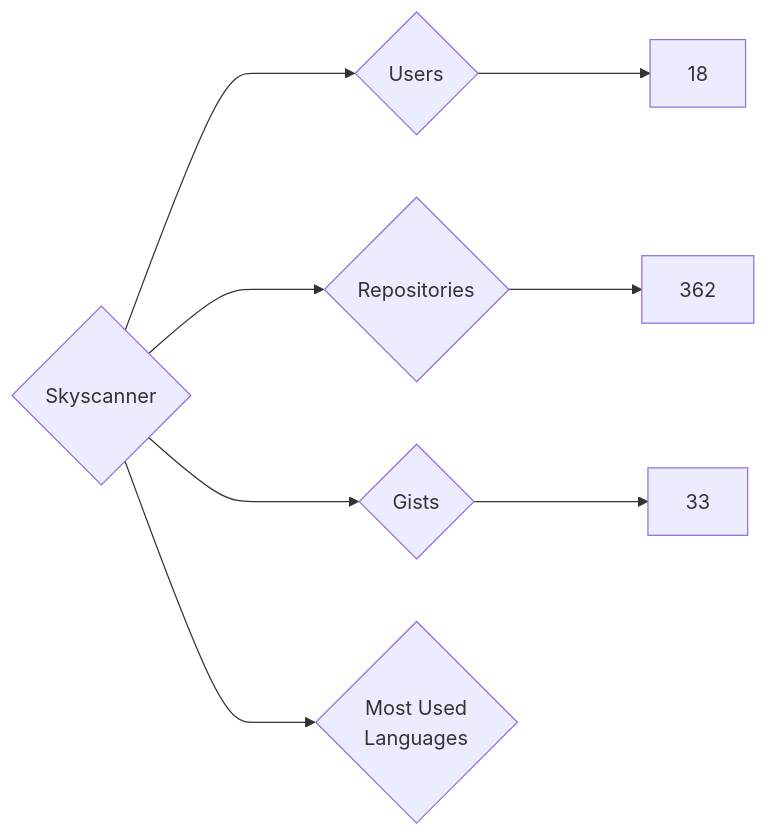
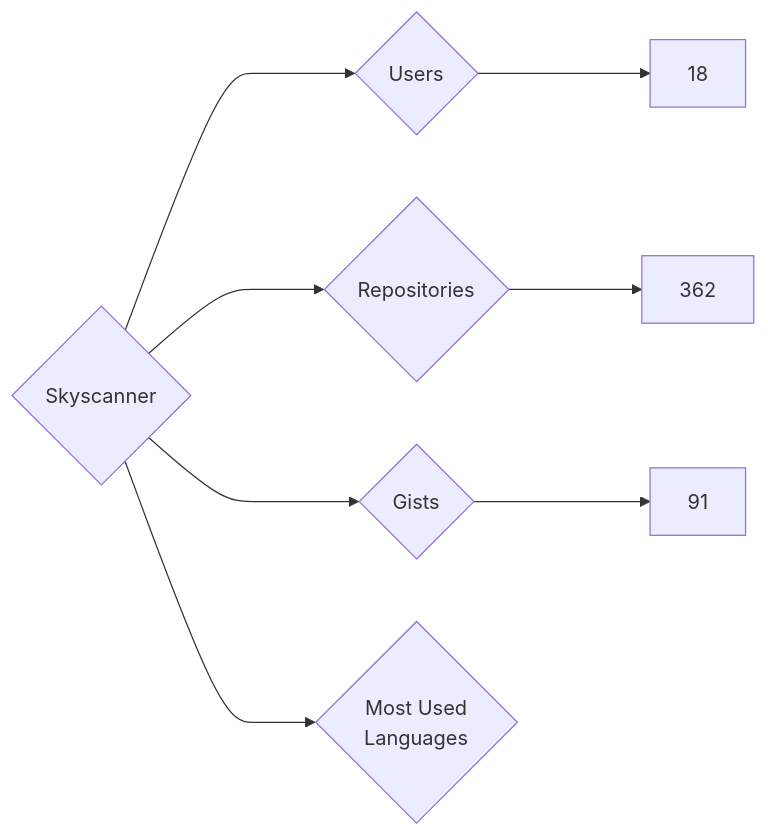
The diagram in targets/Skyscanner/README.md (nenadzaric/insiders), drawn with Mermaid before and after one commit. The commit also changed 1342 other files, not shown here.

````diff
--- a/targets/Skyscanner/README.md
+++ b/targets/Skyscanner/README.md
@@ -3,8 +3,8 @@
 ```mermaid
 graph LR
 COMPANY_NAME{Skyscanner}
 COMPANY_NAME ---> U{Users} ---> UN[18]
 COMPANY_NAME ---> R{Repositories} ---> RN[362]
-COMPANY_NAME ---> G{Gists} ---> GN[33]
+COMPANY_NAME ---> G{Gists} ---> GN[91]
 COMPANY_NAME ---> ML{Most Used<br>Languages}
 ```
````
